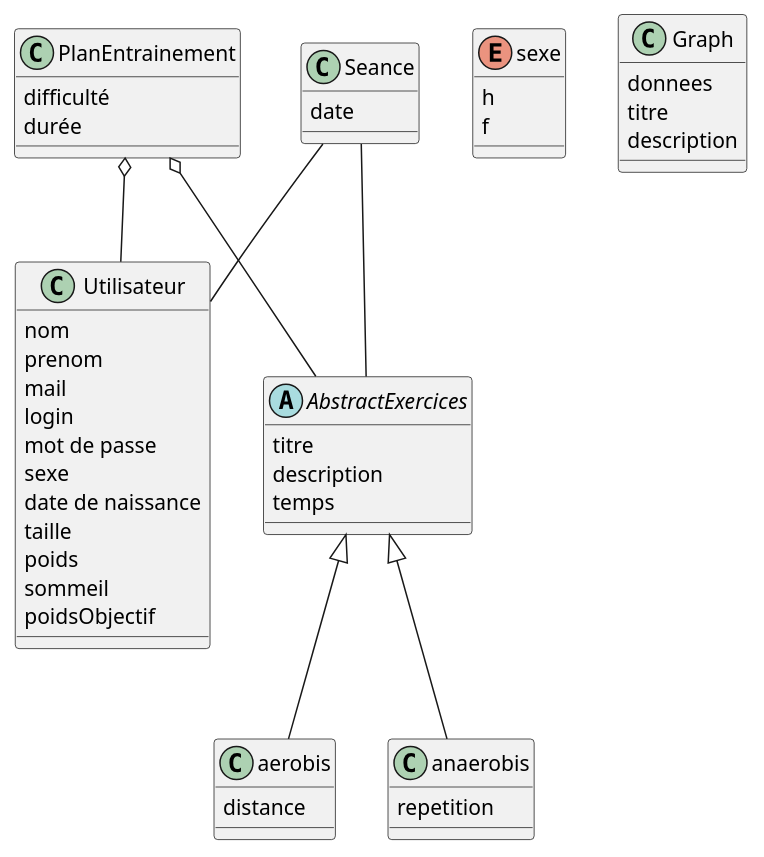
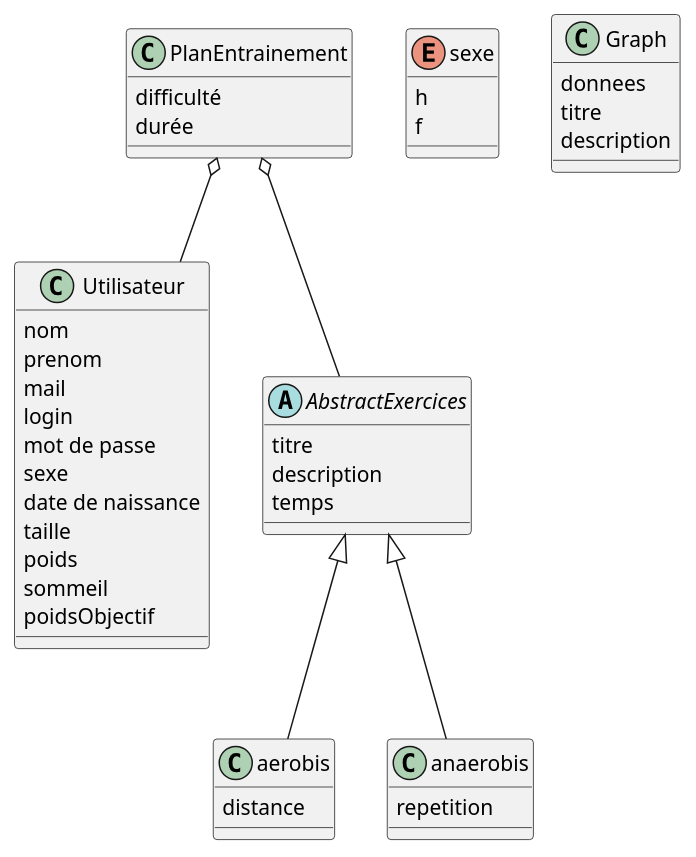
The diagram in diagClassItell.puml (ProjetM1S2/ApplicationMusculation), drawn with PlantUML before and after one commit.

Commit message:
mis a jour du digramme: suppression de la classe seance

```diff
--- a/diagClassItell.puml
+++ b/diagClassItell.puml
@@ -1,64 +1,57 @@
 @startuml
 
 
 
 
 class Utilisateur{
 nom
 prenom
 mail
 login
 mot de passe
 sexe
 date de naissance
 taille
 poids
 sommeil
 poidsObjectif
 }
 
 class PlanEntrainement {
 difficulté
 durée
 }
 
 abstract class AbstractExercices {
 titre
 description
 temps
 }
 
 enum sexe{
 h
 f
 }
 
 class aerobis{
 distance
 }
 
 class anaerobis{ 
 repetition
 }
 
-class Seance{
-date
-}
 
 class Graph{
-
 donnees
 titre
 description
 }
-
-Seance -- AbstractExercices
-Seance -- Utilisateur
 
 AbstractExercices <|--  aerobis
 AbstractExercices <|--  anaerobis
 
 PlanEntrainement o-- Utilisateur
 PlanEntrainement o-- AbstractExercices
 
 @enduml
```
